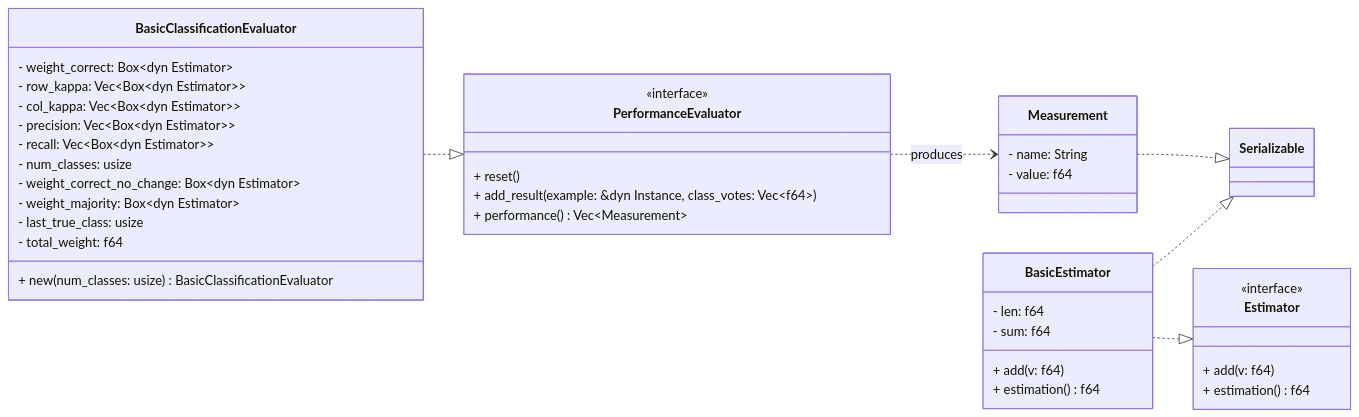
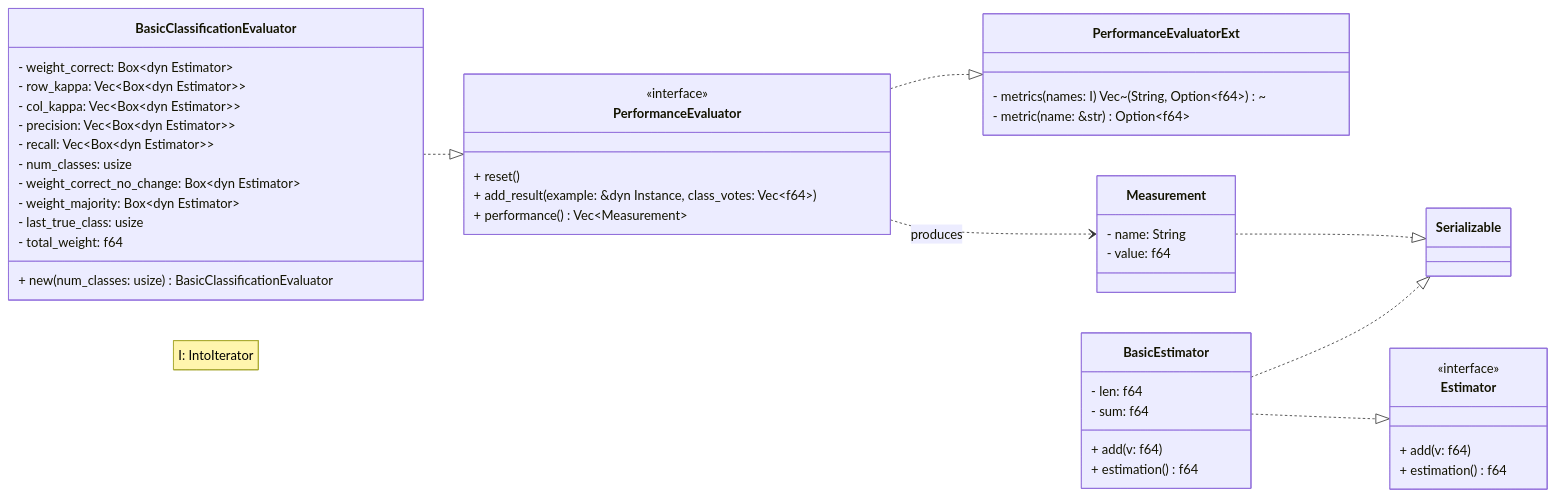
One commit to gustavo-munhoz/Rivu changed the diagram in diagrams/evaluation.mmd. Above: the diagram before and after it, drawn with Mermaid. The commit also changed 5 other files, not shown here.

Commit message:
chore: update class diagrams

```diff
--- a/diagrams/evaluation.mmd
+++ b/diagrams/evaluation.mmd
@@ -1,48 +1,56 @@
 classDiagram
 direction LR
 
   class PerformanceEvaluator {
     <<interface>>
     + reset()
     + add_result(example: &dyn Instance, class_votes: Vec~f64~)
     + performance() Vec~Measurement~
   }
+
+  class PerformanceEvaluatorExt {
+      - metrics(names: I) Vec~(String, Option~f64~)~
+      - metric(name: &str) Option~f64~
+  }
+  note for InstanceHeader "I: IntoIterator<Item = &'a str>"
+
+  PerformanceEvaluator ..|> PerformanceEvaluatorExt
 
   class Measurement {
     - name: String
     - value: f64
   }
   Measurement ..|> Serializable
 
   class Estimator {
     <<interface>>
     + add(v: f64)
     + estimation() f64
   }
 
   class BasicEstimator {
     - len: f64
     - sum: f64
     + add(v: f64)
     + estimation() f64
   }
   BasicEstimator ..|> Estimator
   BasicEstimator ..|> Serializable
 
   class BasicClassificationEvaluator {
     - weight_correct: Box~dyn Estimator~
     - row_kappa: Vec~Box~dyn Estimator~~
     - col_kappa: Vec~Box~dyn Estimator~~
     - precision: Vec~Box~dyn Estimator~~
     - recall: Vec~Box~dyn Estimator~~
     - num_classes: usize
     - weight_correct_no_change: Box~dyn Estimator~
     - weight_majority: Box~dyn Estimator~
     - last_true_class: usize
     - total_weight: f64
 
     + new(num_classes: usize) BasicClassificationEvaluator
   }
 
   BasicClassificationEvaluator ..|> PerformanceEvaluator
   PerformanceEvaluator ..> Measurement : produces
```
